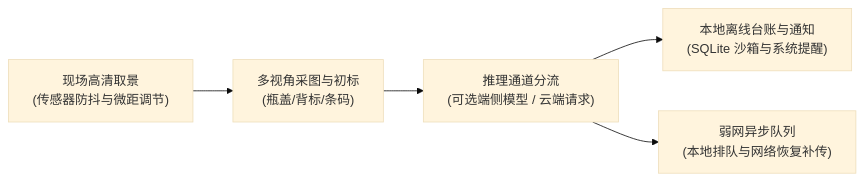
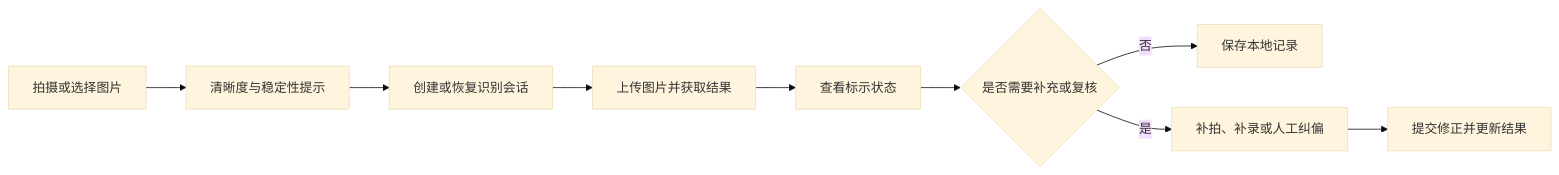
The diagram in README.md (QingMouFoodDate/MobileClient), drawn with Mermaid (base theme) before and after one commit. The commit also changed other lines of this file, not shown here.

````diff
--- a/README.md
+++ b/README.md
@@ -12,7 +72,11 @@
 ```mermaid
 flowchart LR
-    A["现场高清取景<br/>(传感器防抖与微距调节)"] --> B["多视角采图与初标<br/>(瓶盖/背标/条码)"]
-    B --> C["推理通道分流<br/>(可选端侧模型 / 云端请求)"]
-    C --> D["本地离线台账与通知<br/>(SQLite 沙箱与系统提醒)"]
-    C --> E["弱网异步队列<br/>(本地排队与网络恢复补传)"]
+    A["拍摄或选择图片"] --> B["清晰度与稳定性提示"]
+    B --> C["创建或恢复识别会话"]
+    C --> D["上传图片并获取结果"]
+    D --> E["查看标示状态"]
+    E --> F{"是否需要补充或复核"}
+    F -->|"否"| G["保存本地记录"]
+    F -->|"是"| H["补拍、补录或人工纠偏"]
+    H --> I["提交修正并更新结果"]
 ```
````
